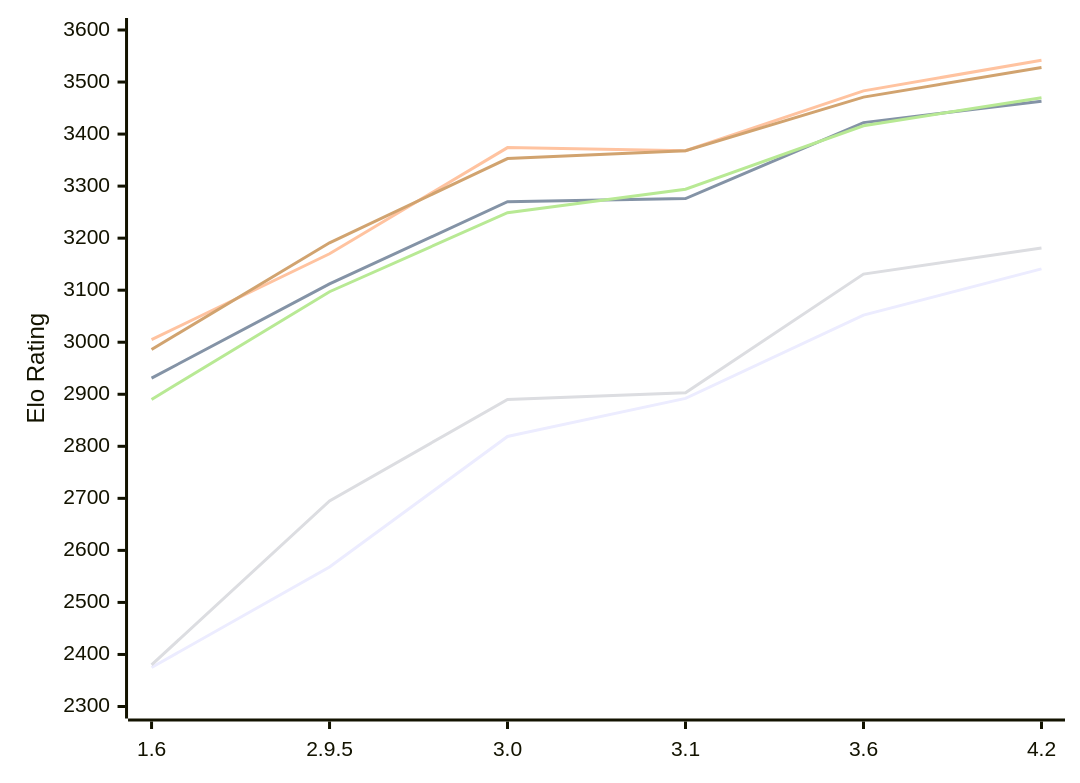
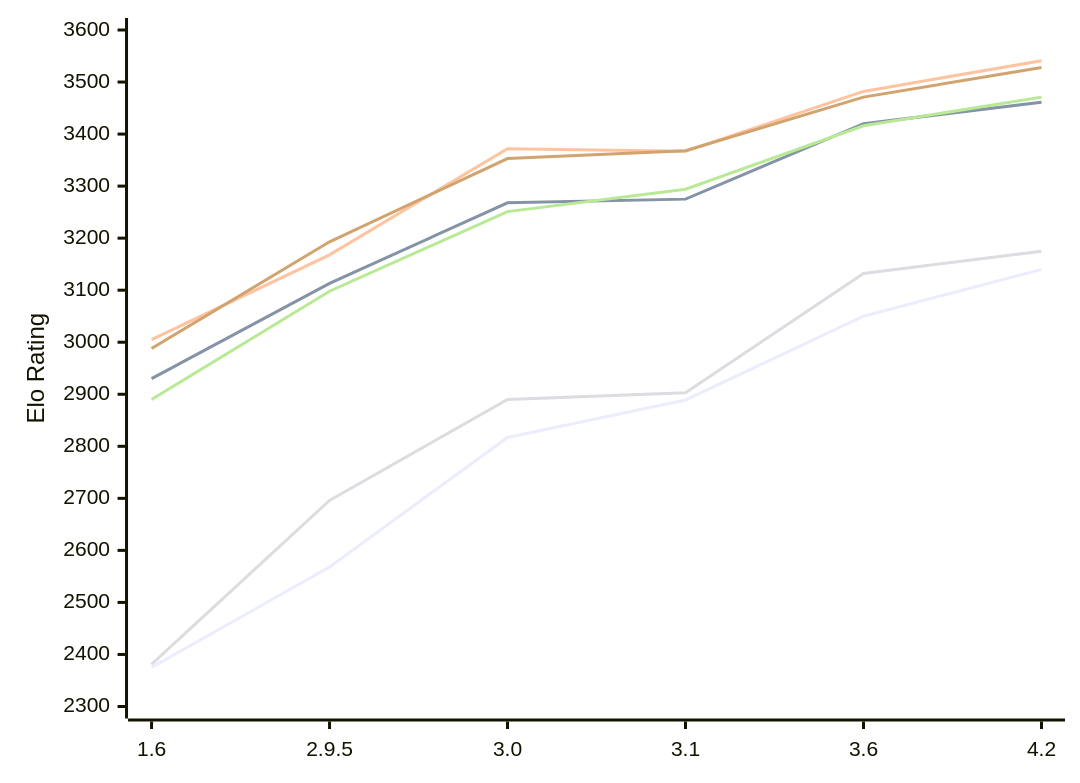
One commit to computer-chess-index/cci changed the diagram in engines/Chessenger.md. Above: the diagram before and after it, drawn with Mermaid. The commit also changed other lines of this file, not shown here.

Commit message:
Update CCI Ratings (ELO VLTC) - 2026-11-28

````diff
--- a/engines/Chessenger.md
+++ b/engines/Chessenger.md
@@ -57,12 +57,12 @@
 ```mermaid
 %%{init: {"theme":"base","themeVariables":{"seriesColors:['#a3a3a3','#222221','#faa371']}}}%%
 xychart-beta
   x-axis ["1.6", "2.9.5", "3.0", "3.1", "3.6", "4.2"]
   y-axis "Elo Rating" 2300 --> 3600
-  line "E1: STC (8.0+0.08s)" [2375, 2568, 2819, 2892, 3052, 3141]
-  line "E1: LTC (60.0+0.60s)" [2931, 3112, 3270, 3276, 3422, 3463]
-  line "E1: VLTC (2m24s+1.12s)" [3005, 3170, 3374, 3368, 3483, 3542]
-  line "P1: STC (8.0+0.08s)" [2380, 2695, 2890, 2903, 3131, 3181]
-  line "P1: LTC (60.0+0.60s)" [2890, 3097, 3249, 3294, 3416, 3470]
-  line "P1: VLTC (2m24s+1.12s)" [2986, 3191, 3353, 3368, 3471, 3528]
+  line "E1: STC (8.0+0.08s)" [2375, 2568, 2817, 2889, 3050, 3140]
+  line "E1: LTC (60.0+0.60s)" [2930, 3113, 3268, 3275, 3420, 3461]
+  line "E1: VLTC (2m24s+1.12s)" [3005, 3168, 3372, 3367, 3482, 3541]
+  line "P1: STC (8.0+0.08s)" [2381, 2696, 2890, 2903, 3132, 3175]
+  line "P1: LTC (60.0+0.60s)" [2890, 3098, 3251, 3294, 3416, 3471]
+  line "P1: VLTC (2m24s+1.12s)" [2988, 3193, 3353, 3368, 3471, 3528]
 ```
````
